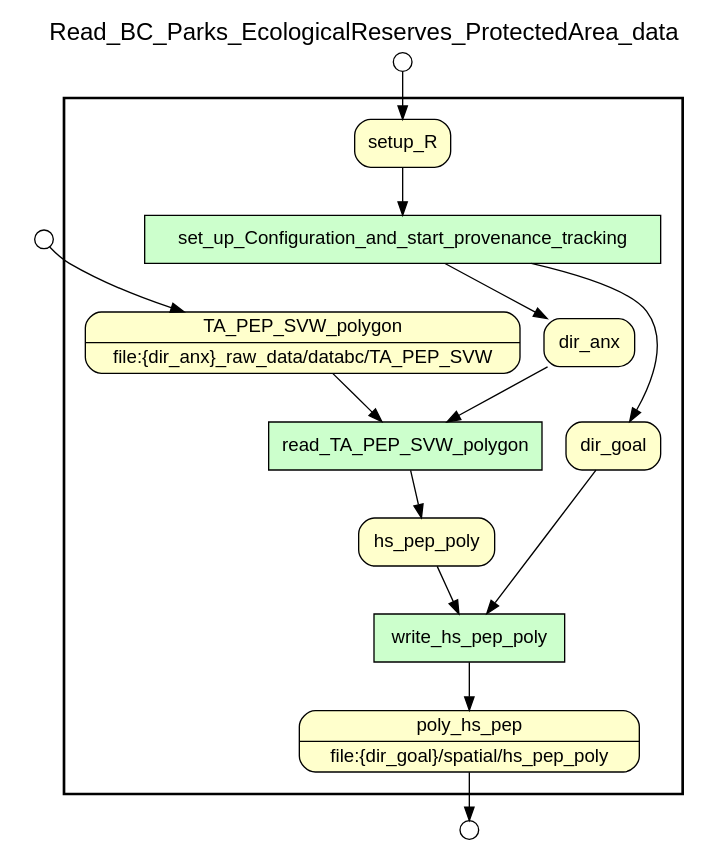
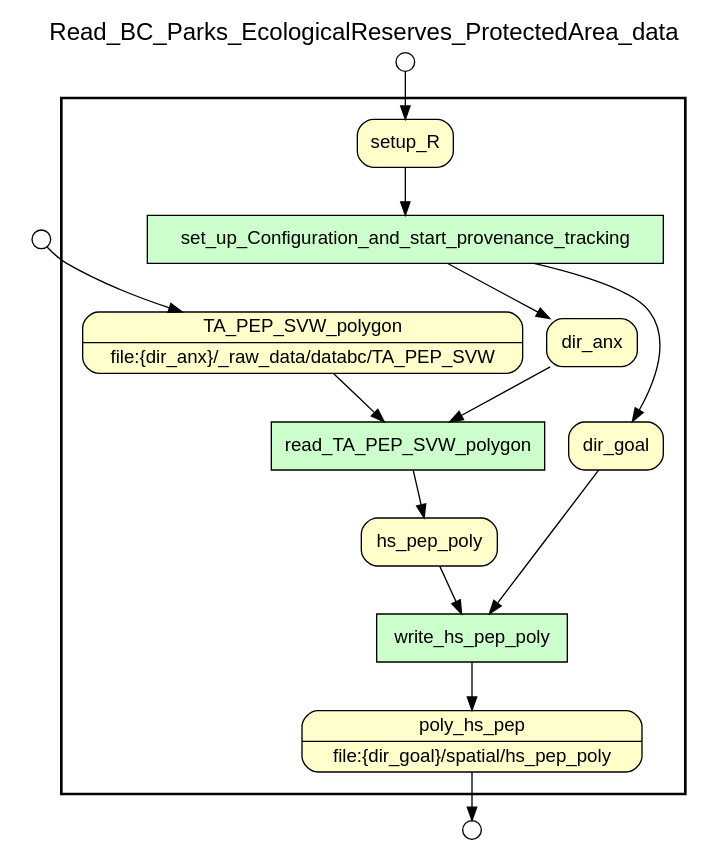
One commit to sycao5/runManager-multipleRuns changed the diagram in examples/OHIBC_Howe_Sound/setup_BC_PEP_polygons.gv. Above: the diagram before and after it, drawn with Graphviz. The commit also changed 3 other files, not shown here.

```diff
--- a/examples/OHIBC_Howe_Sound/setup_BC_PEP_polygons.gv
+++ b/examples/OHIBC_Howe_Sound/setup_BC_PEP_polygons.gv
@@ -1,73 +1,73 @@
 
 /* Start of top-level graph */
 digraph Workflow {
 rankdir=TB
 
 /* Title for graph */
 fontname=Helvetica; fontsize=18; labelloc=t
 label=Read_BC_Parks_EcologicalReserves_ProtectedArea_data
 
 /* Start of double cluster for drawing box around nodes in workflow */
 subgraph cluster_workflow_box_outer { label=""; color=black; penwidth=2
 subgraph cluster_workflow_box_inner { label=""; penwidth=0
 
 /* Style for nodes representing atomic programs in workflow */
 node[shape=box style=filled fillcolor="#CCFFCC" peripheries=1 fontname=Helvetica]
 
 /* Nodes representing atomic programs in workflow */
 set_up_Configuration_and_start_provenance_tracking
 read_TA_PEP_SVW_polygon
 write_hs_pep_poly
 
 /* Style for nodes representing non-parameter data channels in workflow */
 node[shape=box style="rounded,filled" fillcolor="#FFFFCC" peripheries=1 fontname=Helvetica]
 
 /* Nodes for non-parameter data channels in workflow */
 poly_hs_pep [shape=record rankdir=LR label="{<f0> poly_hs_pep |<f1> file\:\{dir_goal\}/spatial/hs_pep_poly}"];
 setup_R
 dir_anx
-TA_PEP_SVW_polygon [shape=record rankdir=LR label="{<f0> TA_PEP_SVW_polygon |<f1> file\:\{dir_anx\}_raw_data/databc/TA_PEP_SVW}"];
+TA_PEP_SVW_polygon [shape=record rankdir=LR label="{<f0> TA_PEP_SVW_polygon |<f1> file\:\{dir_anx\}/_raw_data/databc/TA_PEP_SVW}"];
 hs_pep_poly
 dir_goal
 
 /* Style for nodes representing parameter channels in workflow */
 node[shape=box style="rounded,filled" fillcolor="#FCFCFC" peripheries=1 fontname=Helvetica]
 
 /* Nodes representing parameter channels in workflow */
 
 /* Edges representing connections between programs and channels */
 set_up_Configuration_and_start_provenance_tracking -> dir_anx
 set_up_Configuration_and_start_provenance_tracking -> dir_goal
 setup_R -> set_up_Configuration_and_start_provenance_tracking
 read_TA_PEP_SVW_polygon -> hs_pep_poly
 dir_anx -> read_TA_PEP_SVW_polygon
 TA_PEP_SVW_polygon -> read_TA_PEP_SVW_polygon
 write_hs_pep_poly -> poly_hs_pep
 hs_pep_poly -> write_hs_pep_poly
 dir_goal -> write_hs_pep_poly
 
 /* End of double cluster for drawing box around nodes in workflow */
 }}
 
 /* Style for nodes representing workflow input ports */
 node[shape=circle style="rounded,filled" fillcolor="#FFFFFF" peripheries=1 fontname=Helvetica width=0.2]
 
 /* Nodes representing workflow input ports */
 TA_PEP_SVW_polygon_input_port [label=""]
 setup_R_input_port [label=""]
 
 /* Style for nodes representing workflow output ports */
 node[shape=circle style="rounded,filled" fillcolor="#FFFFFF" peripheries=1 fontname=Helvetica width=0.2]
 
 /* Nodes representing workflow output ports */
 poly_hs_pep_output_port [label=""]
 
 /* Edges from input ports to channels */
 TA_PEP_SVW_polygon_input_port -> TA_PEP_SVW_polygon
 setup_R_input_port -> setup_R
 
 /* Edges from channels to output ports */
 poly_hs_pep -> poly_hs_pep_output_port
 
 /* End of top-level graph */
 }
```
